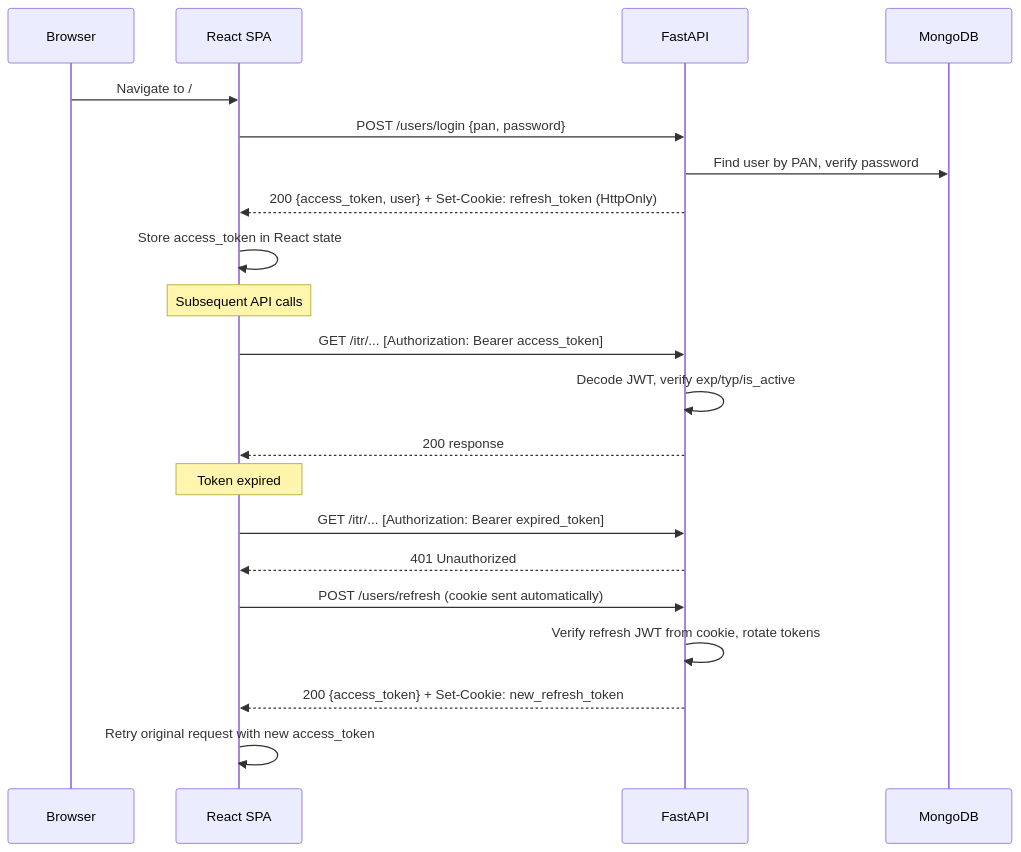
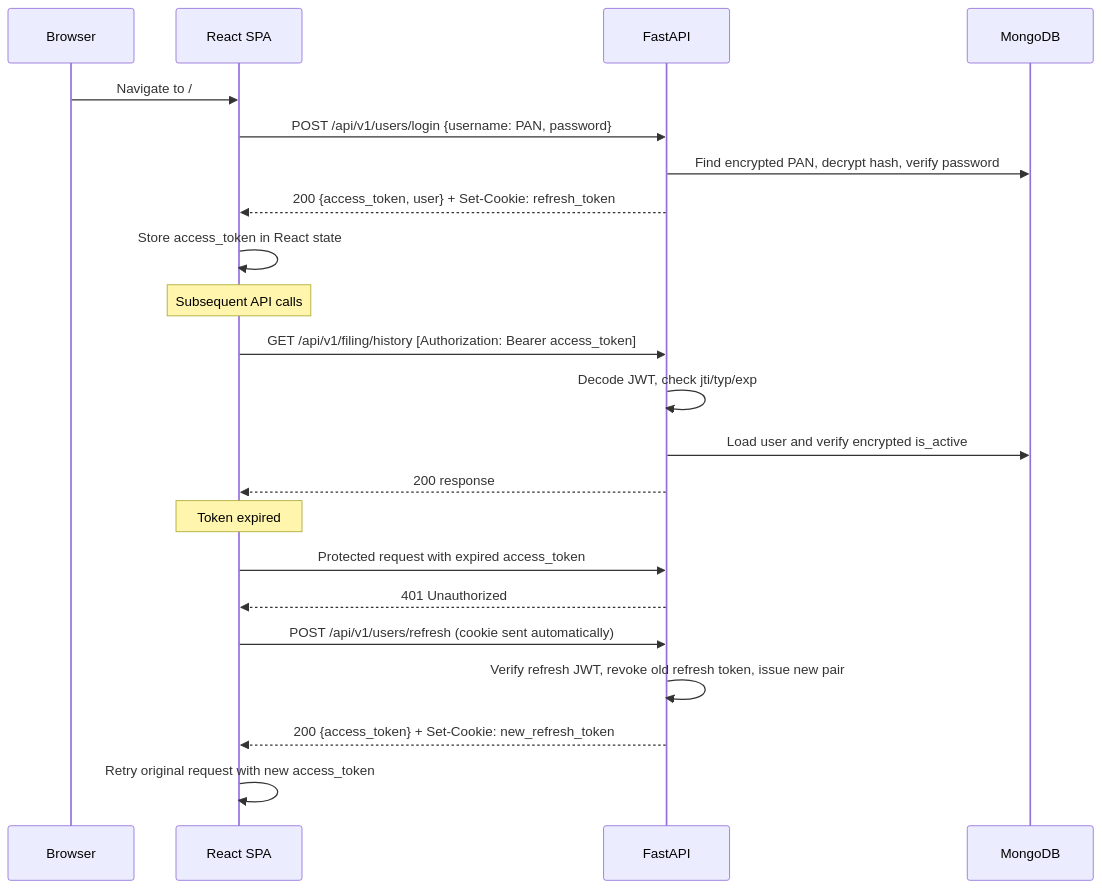
One commit to AmeDal/itr-filing-app changed the first of 6 diagrams in docs/auth.md. Above: the diagram before and after it, drawn with Mermaid. The commit also changed other lines of this file and 19 other files, not shown here.

First line of the commit message:
docs: sync AI context with current app architecture

````diff
--- a/docs/auth.md
+++ b/docs/auth.md
@@ -34,26 +35,27 @@
 ```mermaid
 sequenceDiagram
     participant Browser
     participant SPA as React SPA
     participant API as FastAPI
     participant DB as MongoDB
 
     Browser->>SPA: Navigate to /
-    SPA->>API: POST /users/login {pan, password}
-    API->>DB: Find user by PAN, verify password
-    API-->>SPA: 200 {access_token, user} + Set-Cookie: refresh_token (HttpOnly)
+    SPA->>API: POST /api/v1/users/login {username: PAN, password}
+    API->>DB: Find encrypted PAN, decrypt hash, verify password
+    API-->>SPA: 200 {access_token, user} + Set-Cookie: refresh_token
     SPA->>SPA: Store access_token in React state
 
     Note over SPA: Subsequent API calls
-    SPA->>API: GET /itr/... [Authorization: Bearer access_token]
-    API->>API: Decode JWT, verify exp/typ/is_active
+    SPA->>API: GET /api/v1/filing/history [Authorization: Bearer access_token]
+    API->>API: Decode JWT, check jti/typ/exp
+    API->>DB: Load user and verify encrypted is_active
     API-->>SPA: 200 response
 
     Note over SPA: Token expired
-    SPA->>API: GET /itr/... [Authorization: Bearer expired_token]
+    SPA->>API: Protected request with expired access_token
     API-->>SPA: 401 Unauthorized
-    SPA->>API: POST /users/refresh (cookie sent automatically)
-    API->>API: Verify refresh JWT from cookie, rotate tokens
+    SPA->>API: POST /api/v1/users/refresh (cookie sent automatically)
+    API->>API: Verify refresh JWT, revoke old refresh token, issue new pair
     API-->>SPA: 200 {access_token} + Set-Cookie: new_refresh_token
     SPA->>SPA: Retry original request with new access_token
 ```
````
